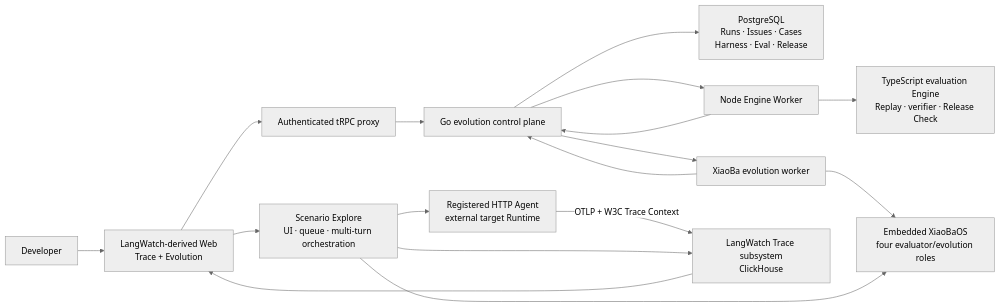
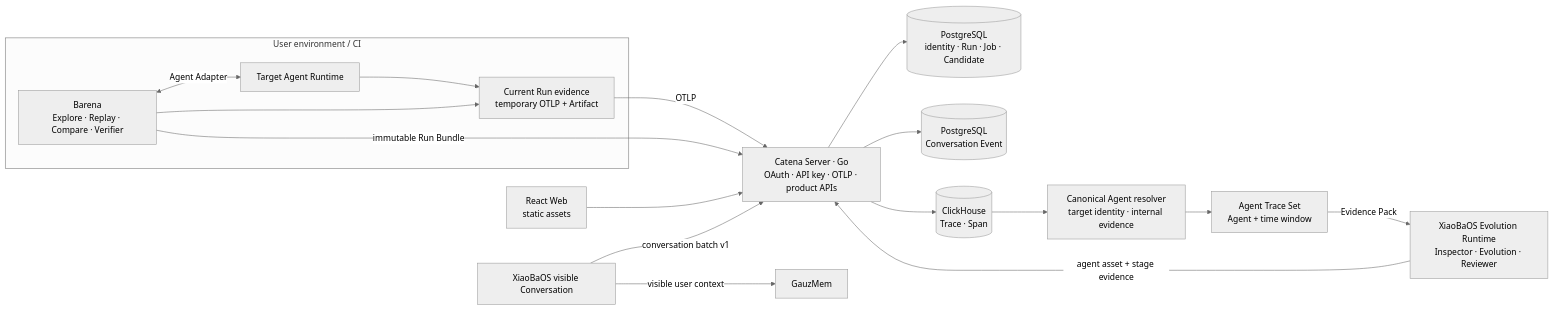
One commit to fightheyyy/CATENA changed the second of 4 diagrams in control-plane/SPEC.md. Above: the diagram before and after it, drawn with Mermaid (neutral theme). The commit also changed other lines of this file and 97 other files, not shown here.

Commit message:
Ship Catena trace evolution beta

````diff
--- a/control-plane/SPEC.md
+++ b/control-plane/SPEC.md
@@ -71,19 +94,24 @@
 ```mermaid
 flowchart LR
-    User["Developer"] --> Web["LangWatch-derived Web<br/>Trace + Evolution"]
-    Web --> Proxy["Authenticated tRPC proxy"]
-    Proxy --> Go["Go evolution control plane"]
-    Go --> DB["PostgreSQL<br/>Runs · Issues · Cases<br/>Harness · Eval · Release"]
-    Go --> EngineWorker["Node Engine Worker"]
-    EngineWorker --> Engine["TypeScript evaluation Engine<br/>Replay · verifier · Release Check"]
-    Go --> EvolutionWorker["XiaoBa evolution worker"]
-    EvolutionWorker --> EvolutionRuntime["Embedded XiaoBaOS<br/>four evaluator/evolution roles"]
-    Web --> Scenario["Scenario Explore<br/>UI · queue · multi-turn orchestration"]
-    Scenario --> EvolutionRuntime
-    Scenario --> Target["Registered HTTP Agent<br/>external target Runtime"]
-    Target -- "OTLP + W3C Trace Context" --> Trace["LangWatch Trace subsystem<br/>ClickHouse"]
-    Scenario --> Trace
-    EngineWorker --> Go
-    EvolutionWorker --> Go
-    Trace --> Web
+    subgraph Edge["User environment / CI"]
+        Barena["Barena<br/>Explore · Replay · Compare · Verifier"]
+        Agent["Target Agent Runtime"]
+        Evidence["Current Run evidence<br/>temporary OTLP + Artifact"]
+        Barena <--> |"Agent Adapter"| Agent
+        Agent --> Evidence
+        Barena --> Evidence
+    end
+
+    React["React Web<br/>static assets"] --> Go["Catena Server · Go<br/>OAuth · API key · OTLP · product APIs"]
+    Evidence --> |"OTLP"| Go
+    Conversation["XiaoBaOS visible Conversation"] --> |"conversation batch v1"| Go
+    Barena --> |"immutable Run Bundle"| Go
+    Go --> PG[("PostgreSQL<br/>identity · Run · Job · Candidate")]
+    Go --> ConversationStore[("PostgreSQL<br/>Conversation Event")]
+    Go --> CH[("ClickHouse<br/>Trace · Span")]
+    CH --> Identity["Canonical Agent resolver<br/>target identity · internal evidence"]
+    Identity --> Group["Agent Trace Set<br/>Agent + time window"]
+    Group --> |"Evidence Pack"| XiaoBa["XiaoBaOS Evolution Runtime<br/>Inspector · Evolution · Reviewer"]
+    XiaoBa --> |"agent asset + stage evidence"| Go
+    Conversation --> |"visible user context"| Memory["GauzMem"]
 ```
````
